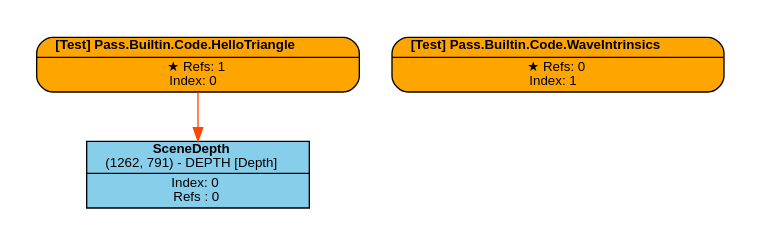
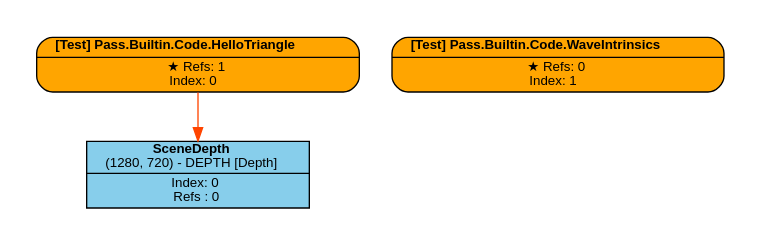
One commit to Pikachuxxxx/Razix changed the diagram in Engine/content/FrameGraphs/data_driven_editor_test.dot. Above: the diagram before and after it, drawn with Graphviz. The commit also changed 8 other files, not shown here.

```diff
--- a/Engine/content/FrameGraphs/data_driven_editor_test.dot
+++ b/Engine/content/FrameGraphs/data_driven_editor_test.dot
@@ -1,27 +1,27 @@
 digraph FrameGraph {
 graph [style=invis, rankdir="TB" ordering=out, splines=spline]
 node [shape=record, fontname="helvetica", fontsize=10, margin="0.2,0.03"]
 
 P0 [label=<{ {<B>[Test] Pass.Builtin.Code.HelloTriangle</B>} | {&#x2605; Refs: 1<BR/> Index: 0} }> style="rounded,filled", fillcolor=orange]
 P1 [label=<{ {<B>[Test] Pass.Builtin.Code.WaveIntrinsics</B>} | {&#x2605; Refs: 0<BR/> Index: 1} }> style="rounded,filled", fillcolor=orange]
 
-R0_1 [label=<{ {<B>SceneDepth</B><BR/>(1262, 791) - DEPTH [Depth]} | {Index: 0<BR/>Refs : 0} }> style=filled, fillcolor=skyblue]
+R0_1 [label=<{ {<B>SceneDepth</B><BR/>(1280, 720) - DEPTH [Depth]} | {Index: 0<BR/>Refs : 0} }> style=filled, fillcolor=skyblue]
 
 P0 -> { R0_1 } [color=orangered]
 P1 -> { } [color=orangered]
 
 R0_1 -> { } [color=olivedrab3]
 
 subgraph cluster_0 {
 P0 R0_1 
 }
 subgraph cluster_1 {
 P1 
 }
 
 subgraph cluster_imported_resources {
 graph [style=dotted, fontname="helvetica", label=< <B>Imported</B> >]
 
 }
 
 }
```
